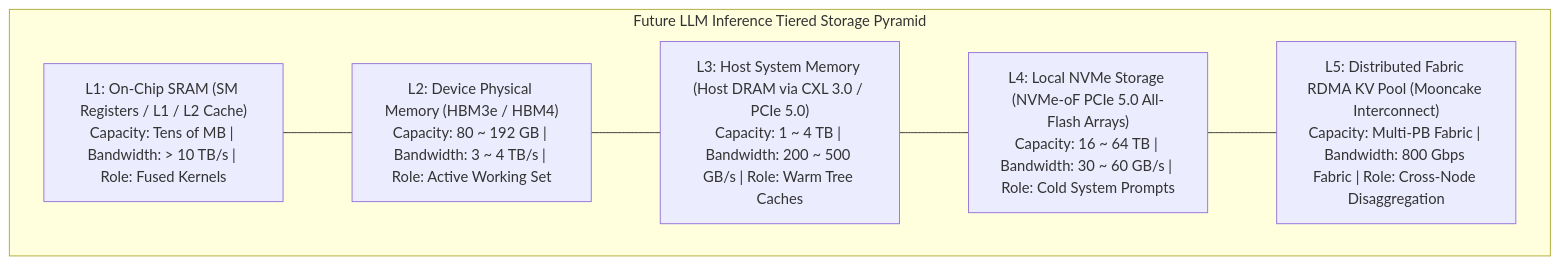
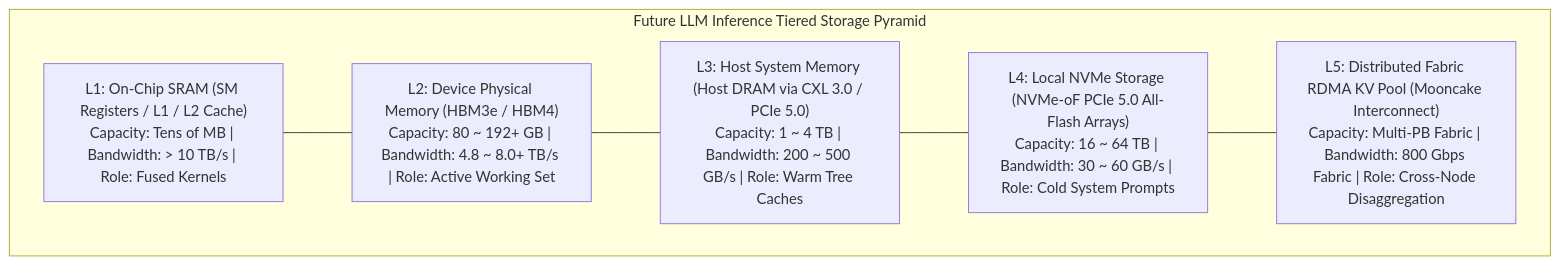
One commit to ifnodoraemon/ifnodoraemon.github.io changed the third of 4 diagrams in content/en/articles/reasoning-test-time-compute-inference-future.en.md. Above: the diagram before and after it, drawn with Mermaid. The commit also changed other lines of this file and 171 other files, not shown here.

````diff
--- a/content/en/articles/reasoning-test-time-compute-inference-future.en.md
+++ b/content/en/articles/reasoning-test-time-compute-inference-future.en.md
@@ -163,15 +163,15 @@
 ```mermaid
 flowchart TD
     subgraph StoragePyramid["Future LLM Inference Tiered Storage Pyramid"]
         L1["L1: On-Chip SRAM (SM Registers / L1 / L2 Cache)<br/>Capacity: Tens of MB | Bandwidth: > 10 TB/s | Role: Fused Kernels"]
-        L2["L2: Device Physical Memory (HBM3e / HBM4)<br/>Capacity: 80 ~ 192 GB | Bandwidth: 3 ~ 4 TB/s | Role: Active Working Set"]
+        L2["L2: Device Physical Memory (HBM3e / HBM4)<br/>Capacity: 80 ~ 192+ GB | Bandwidth: 4.8 ~ 8.0+ TB/s | Role: Active Working Set"]
         L3["L3: Host System Memory (Host DRAM via CXL 3.0 / PCIe 5.0)<br/>Capacity: 1 ~ 4 TB | Bandwidth: 200 ~ 500 GB/s | Role: Warm Tree Caches"]
         L4["L4: Local NVMe Storage (NVMe-oF PCIe 5.0 All-Flash Arrays)<br/>Capacity: 16 ~ 64 TB | Bandwidth: 30 ~ 60 GB/s | Role: Cold System Prompts"]
         L5["L5: Distributed Fabric RDMA KV Pool (Mooncake Interconnect)<br/>Capacity: Multi-PB Fabric | Bandwidth: 800 Gbps Fabric | Role: Cross-Node Disaggregation"]
     end
 
     L1 --- L2
     L2 --- L3
     L3 --- L4
     L4 --- L5
 ```
````
